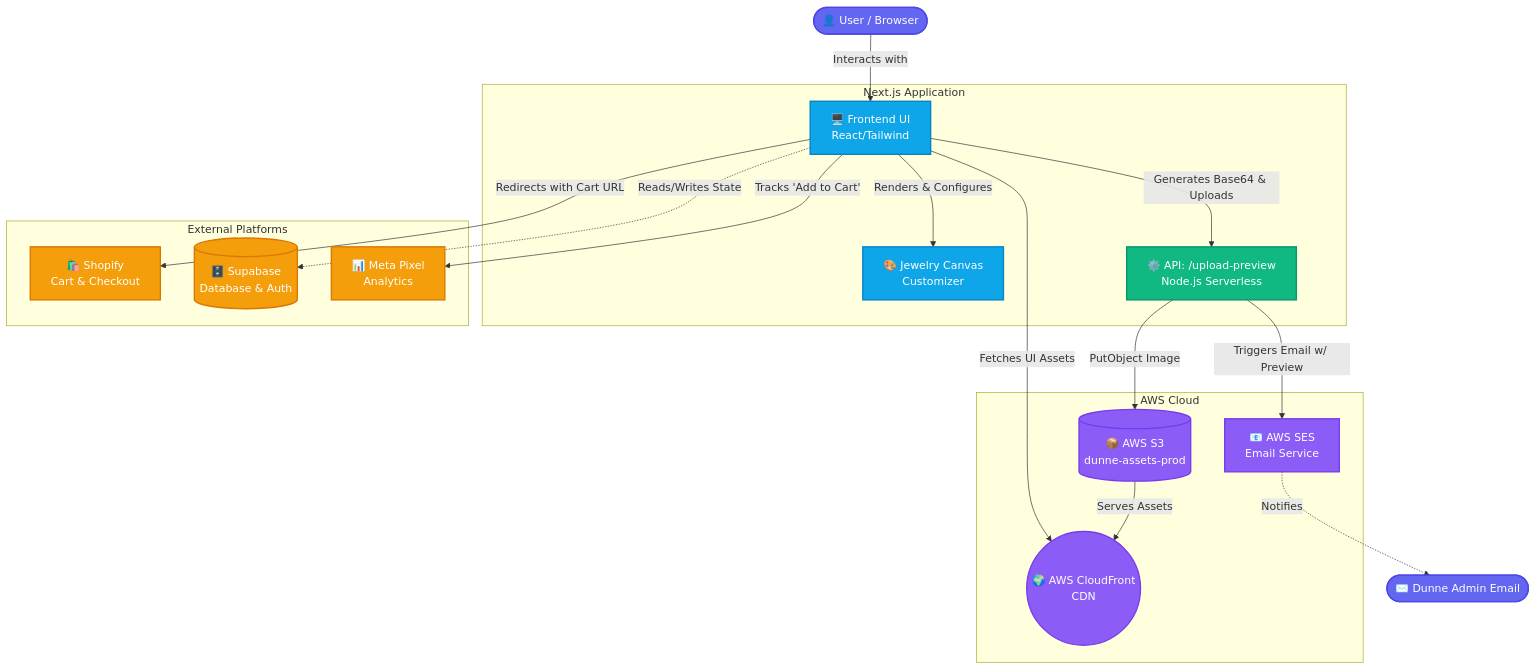
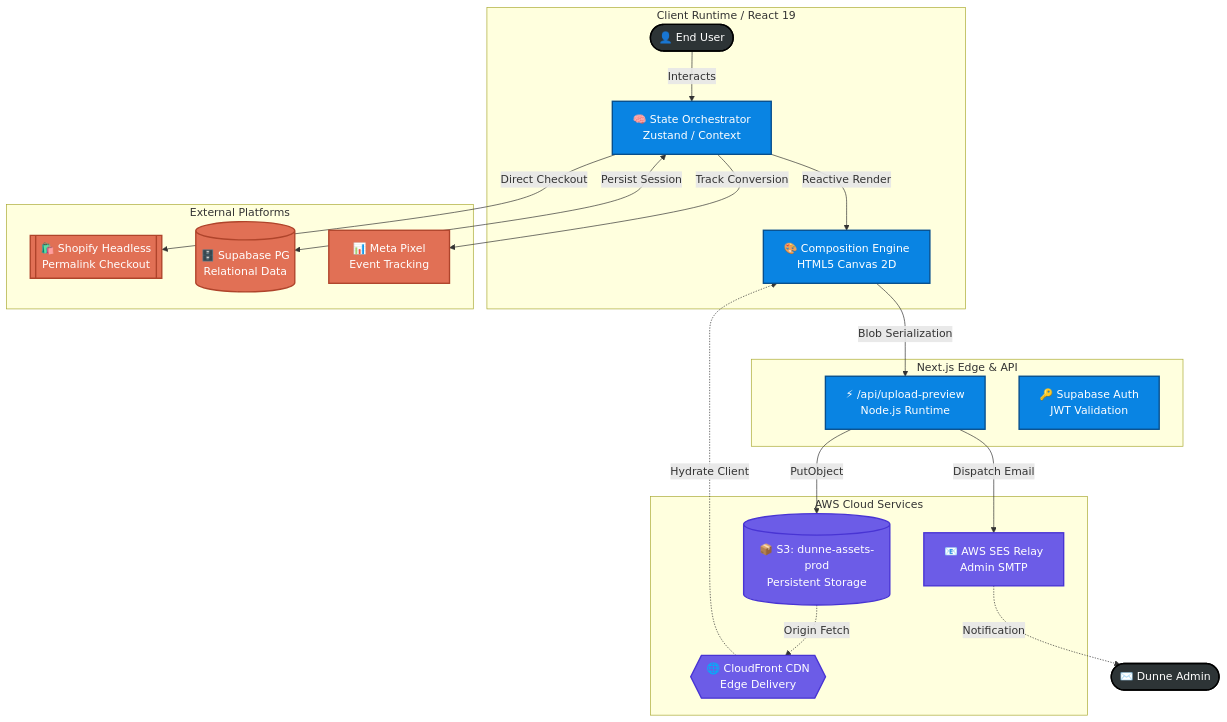
One commit to priyanshu14077/dunne-app changed the diagram in README.md. Above: the diagram before and after it, drawn with Mermaid. The commit also changed other lines of this file, not shown here.

Commit message:
docs: enhance README with comprehensive architecture and updated mermaid diagram

````diff
--- a/README.md
+++ b/README.md
@@ -29,47 +43,48 @@
 ```mermaid
 graph TD
     %% Styling
-    classDef user fill:#6366f1,stroke:#4f46e5,stroke-width:2px,color:#fff
-    classDef frontend fill:#0ea5e9,stroke:#0284c7,stroke-width:2px,color:#fff
-    classDef backend fill:#10b981,stroke:#059669,stroke-width:2px,color:#fff
-    classDef external fill:#f59e0b,stroke:#d97706,stroke-width:2px,color:#fff
-    classDef storage fill:#8b5cf6,stroke:#7c3aed,stroke-width:2px,color:#fff
+    classDef user fill:#2d3436,stroke:#000,stroke-width:2px,color:#fff
+    classDef core fill:#0984e3,stroke:#074e8c,stroke-width:2px,color:#fff
+    classDef storage fill:#6c5ce7,stroke:#4834d4,stroke-width:2px,color:#fff
+    classDef edge fill:#00b894,stroke:#006266,stroke-width:2px,color:#fff
+    classDef external fill:#e17055,stroke:#af442b,stroke-width:2px,color:#fff
 
-    User([👤 User / Browser]):::user
-    Admin([✉️ Dunne Admin Email]):::user
-
-    subgraph Next.js Application
-        UI[🖥️ Frontend UI<br/>React/Tailwind]:::frontend
-        Canvas[🎨 Jewelry Canvas<br/>Customizer]:::frontend
-        API_Upload[⚙️ API: /upload-preview<br/>Node.js Serverless]:::backend
+    subgraph Client_Layer [Client Runtime / React 19]
+        User([👤 End User]):::user
+        State[🧠 State Orchestrator<br/>Zustand / Context]:::core
+        Engine[🎨 Composition Engine<br/>HTML5 Canvas 2D]:::core
     end
 
-    subgraph AWS Cloud
-        S3[(📦 AWS S3<br/>dunne-assets-prod)]:::storage
-        CF((🌍 AWS CloudFront<br/>CDN)):::storage
-        SES[📧 AWS SES<br/>Email Service]:::storage
+    subgraph Middleware_Layer [Next.js Edge & API]
+        Upload_API[⚡ /api/upload-preview<br/>Node.js Runtime]:::core
+        Auth[🔑 Supabase Auth<br/>JWT Validation]:::core
     end
 
-    subgraph External Platforms
-        Shopify[🛍️ Shopify<br/>Cart & Checkout]:::external
-        Supabase[(🗄️ Supabase<br/>Database & Auth)]:::external
-        Meta[📊 Meta Pixel<br/>Analytics]:::external
+    subgraph Infrastructure_Layer [AWS Cloud Services]
+        S3[(📦 S3: dunne-assets-prod<br/>Persistent Storage)]:::storage
+        CF{{"🌐 CloudFront CDN<br/>Edge Delivery"}}:::storage
+        SES[📧 AWS SES Relay<br/>Admin SMTP]:::storage
     end
+
+    subgraph Integration_Layer [External Platforms]
+        Shopify[[🛍️ Shopify Headless<br/>Permalink Checkout]]:::external
+        Supabase_DB[(🗄️ Supabase PG<br/>Relational Data)]:::external
+        Meta[📊 Meta Pixel<br/>Event Tracking]:::external
+    end
+
+    %% Logical Connections
+    User -->|Interacts| State
+    State -->|Reactive Render| Engine
+    Engine -->|Blob Serialization| Upload_API
     
-    %% Flows
-    User -->|Interacts with| UI
-    UI -->|Renders & Configures| Canvas
-    UI -->|Generates Base64 & Uploads| API_Upload
+    Upload_API -->|PutObject| S3
+    S3 -.->|Origin Fetch| CF
+    CF -.->|Hydrate Client| Engine
     
-    API_Upload -->|PutObject Image| S3
-    S3 -->|Serves Assets| CF
-    UI -->|Fetches UI Assets| CF
+    Upload_API -->|Dispatch Email| SES
+    SES -.->|Notification| Admin([✉️ Dunne Admin]):::user
     
-    API_Upload -->|Triggers Email w/ Preview| SES
-    SES -.->|Notifies| Admin
-    
-    UI -->|Redirects with Cart URL| Shopify
-    UI -->|Tracks 'Add to Cart'| Meta
-    
-    UI -.->|Reads/Writes State| Supabase
+    State -->|Direct Checkout| Shopify
+    State <-->|Persist Session| Supabase_DB
+    State -->|Track Conversion| Meta
 ```
````
